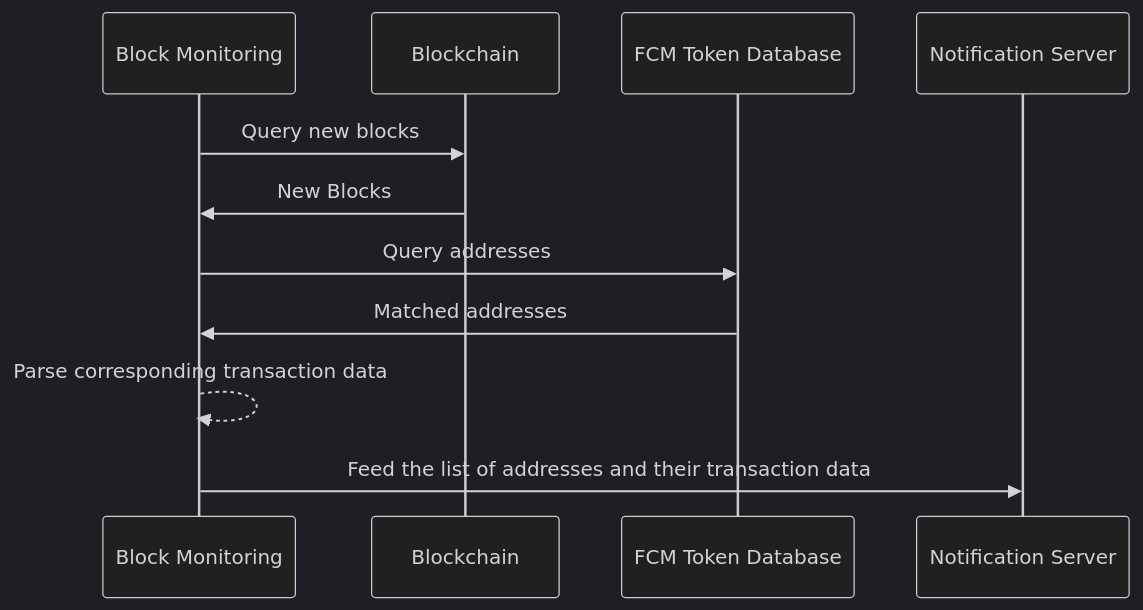
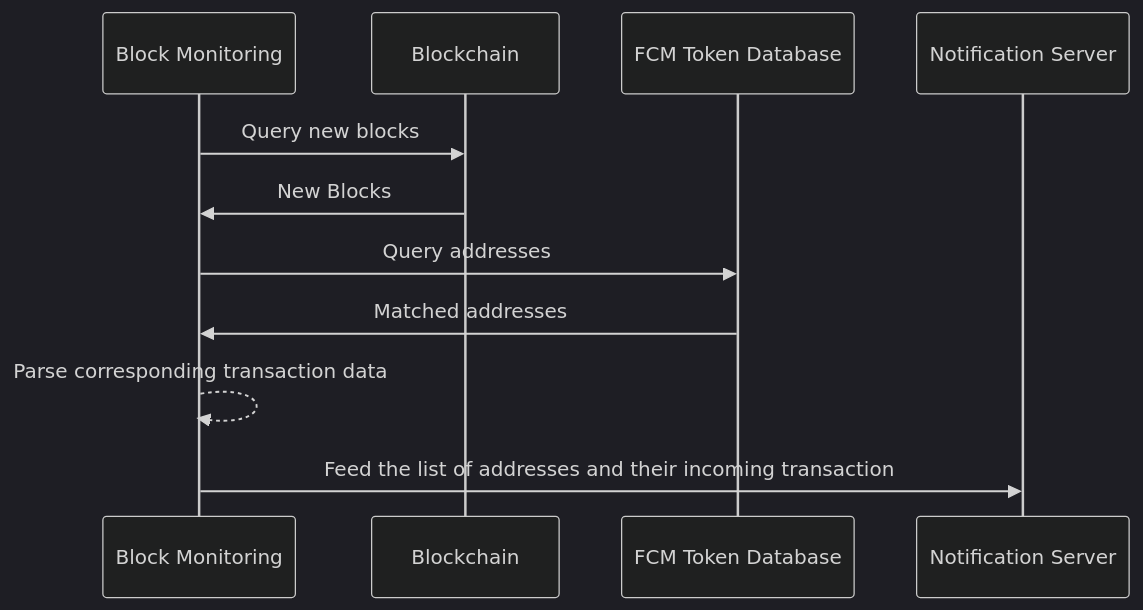
The second of 2 diagrams in problem-2/README.md (tuphan-dn/tether-assessment), drawn with Mermaid (dark theme) before and after one commit.

````diff
--- a/problem-2/README.md
+++ b/problem-2/README.md
@@ -34,9 +34,9 @@
 ```mermaid
 sequenceDiagram
     Block Monitoring->>Blockchain: Query new blocks
     Blockchain->>Block Monitoring: New Blocks
     Block Monitoring->>FCM Token Database: Query addresses
     FCM Token Database->>Block Monitoring: Matched addresses
     Block Monitoring-->>Block Monitoring: Parse corresponding transaction data
-    Block Monitoring->>Notification Server: Feed the list of addresses and their transaction data
+    Block Monitoring->>Notification Server: Feed the list of addresses and their incoming transaction
 ```
````
